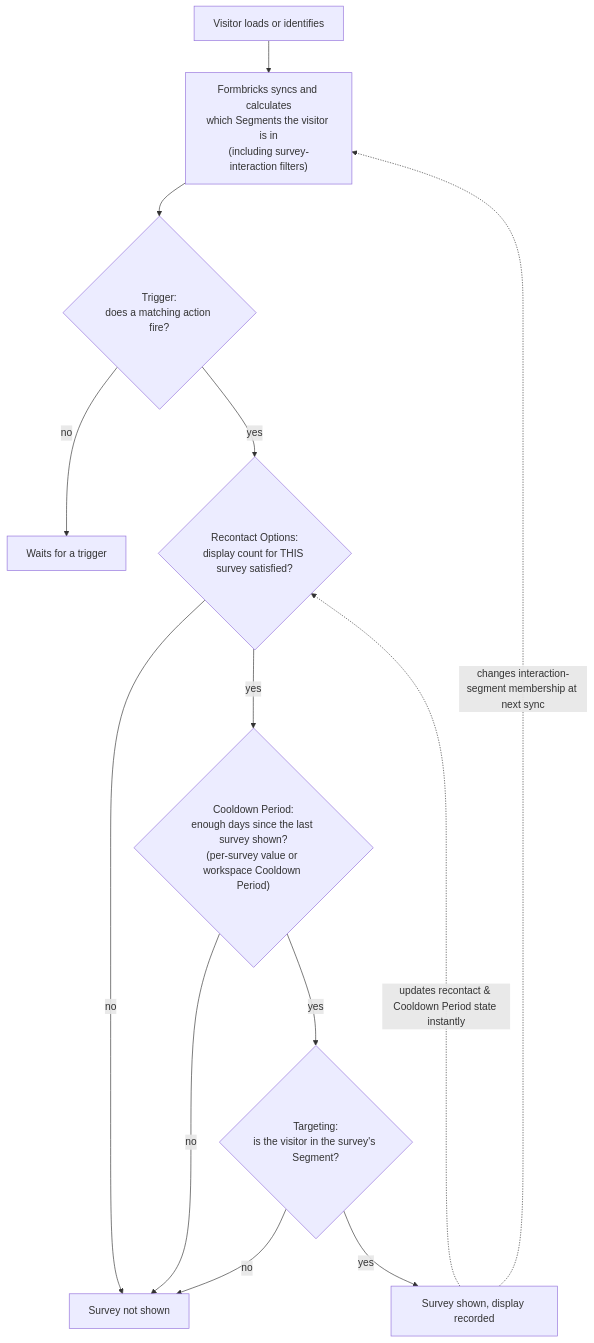
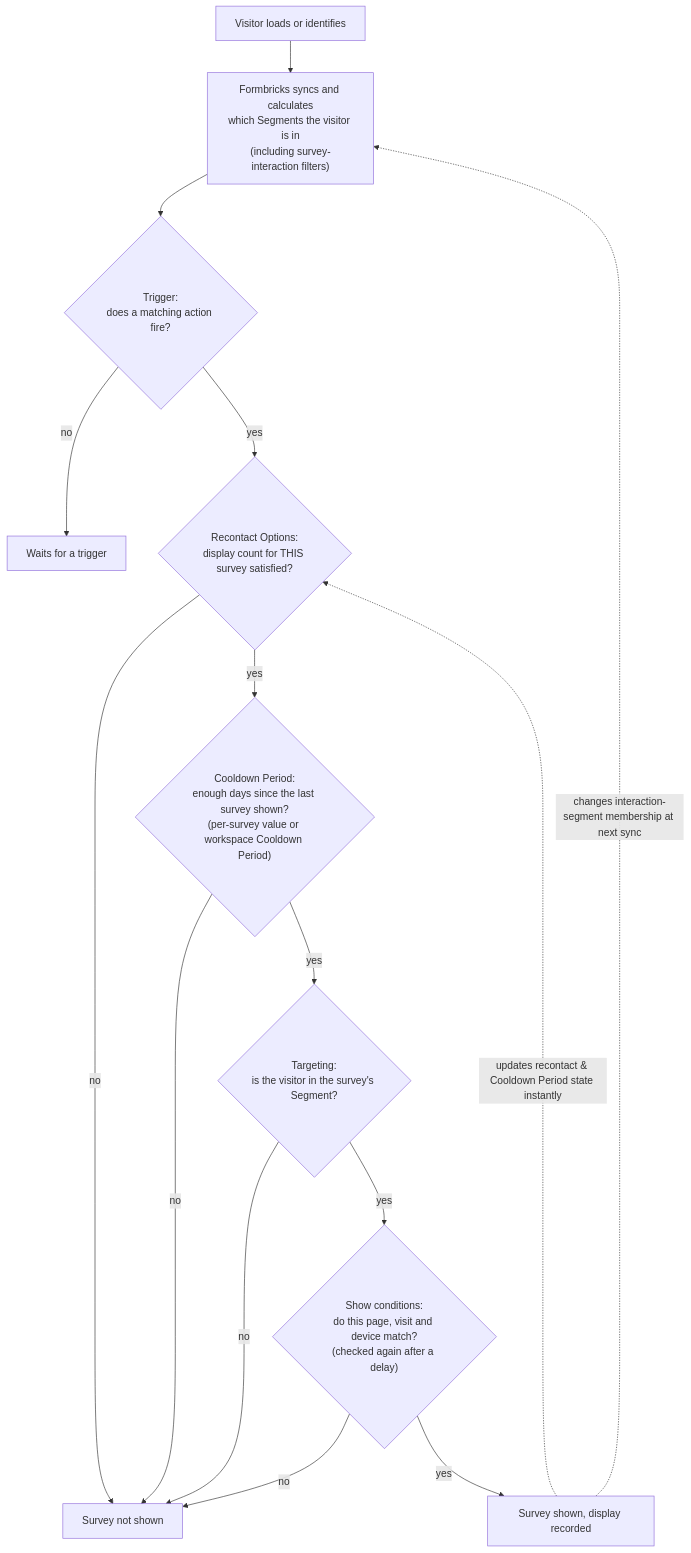
Before and after one commit to formbricks/formbricks: the sixth of 6 diagrams in docs/surveys/website-app-surveys/survey-display-logic.mdx, drawn with Mermaid. The commit also changed other lines of this file and 114 other files, not shown here.

First line of the commit message:
feat: show conditions and the visit for website surveys [ENG-3926][ENG-3927]

````diff
--- a/docs/surveys/website-app-surveys/survey-display-logic.mdx
+++ b/docs/surveys/website-app-surveys/survey-display-logic.mdx
@@ -177,15 +187,17 @@
 ```mermaid
 flowchart TD
     A["Visitor loads or identifies"] --> B["Formbricks syncs and calculates<br/>which Segments the visitor is in<br/>(including survey-interaction filters)"]
     B --> T{"Trigger:<br/>does a matching action fire?"}
     T -->|no| WAIT["Waits for a trigger"]
     T -->|yes| R{"Recontact Options:<br/>display count for THIS survey satisfied?"}
     R -->|no| X["Survey not shown"]
     R -->|yes| W{"Cooldown Period:<br/>enough days since the last survey shown?<br/>(per-survey value or workspace Cooldown Period)"}
     W -->|no| X
     W -->|yes| S{"Targeting:<br/>is the visitor in the survey's Segment?"}
     S -->|no| X
-    S -->|yes| G["Survey shown, display recorded"]
+    S -->|yes| C{"Show conditions:<br/>do this page, visit and device match?<br/>(checked again after a delay)"}
+    C -->|no| X
+    C -->|yes| G["Survey shown, display recorded"]
     G -.->|"updates recontact & Cooldown Period state instantly"| R
     G -.->|"changes interaction-segment membership at next sync"| B
 ```
````
